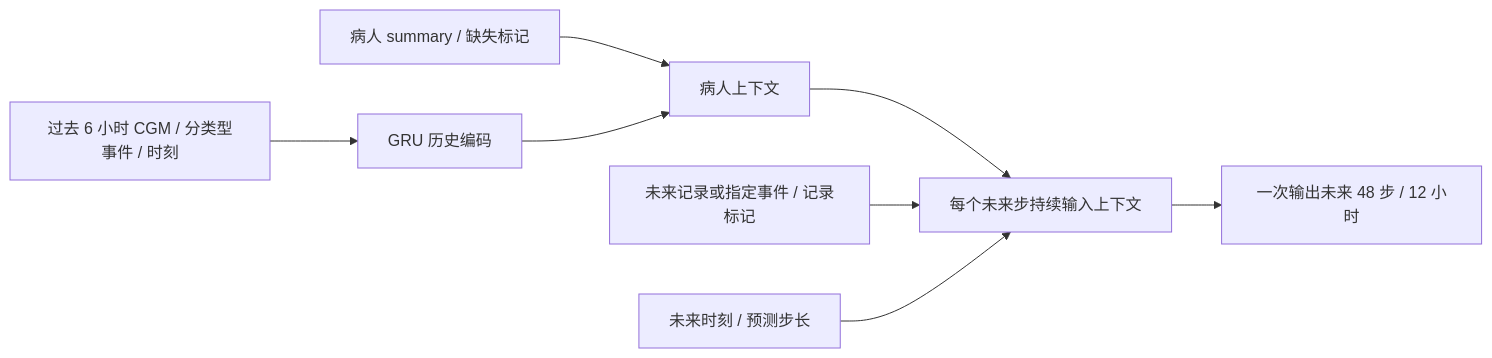
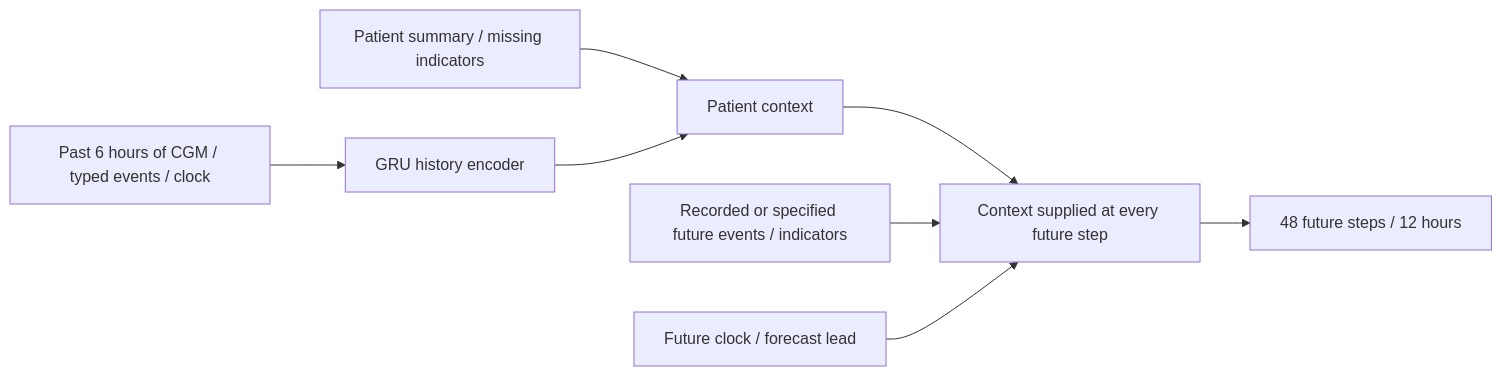
The diagram in docs/conditional-model-audit.md (AA-4499/FYP-A-Sep-2026), drawn with Mermaid before and after one commit. The commit also changed other lines of this file and 1 other file, not shown here.

````diff
--- a/docs/conditional-model-audit.md
+++ b/docs/conditional-model-audit.md
@@ -21,10 +21,10 @@
 ```mermaid
 flowchart LR
-    H[过去 6 小时 CGM / 分类型事件 / 时刻] --> E[GRU 历史编码]
-    S[病人 summary / 缺失标记] --> C[病人上下文]
+    H[Past 6 hours of CGM / typed events / clock] --> E[GRU history encoder]
+    S[Patient summary / missing indicators] --> C[Patient context]
     E --> C
-    C --> D[每个未来步持续输入上下文]
-    P[未来记录或指定事件 / 记录标记] --> D
-    T[未来时刻 / 预测步长] --> D
-    D --> Y[一次输出未来 48 步 / 12 小时]
+    C --> D[Context supplied at every future step]
+    P[Recorded or specified future events / indicators] --> D
+    T[Future clock / forecast lead] --> D
+    D --> Y[48 future steps / 12 hours]
 ```
````
